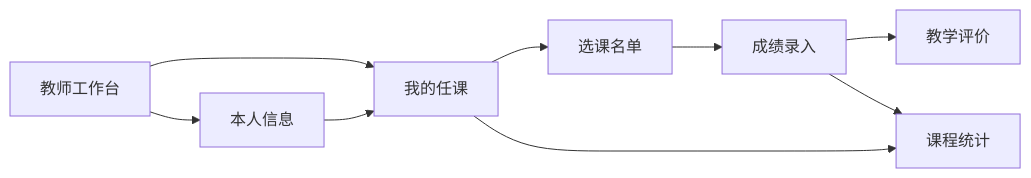
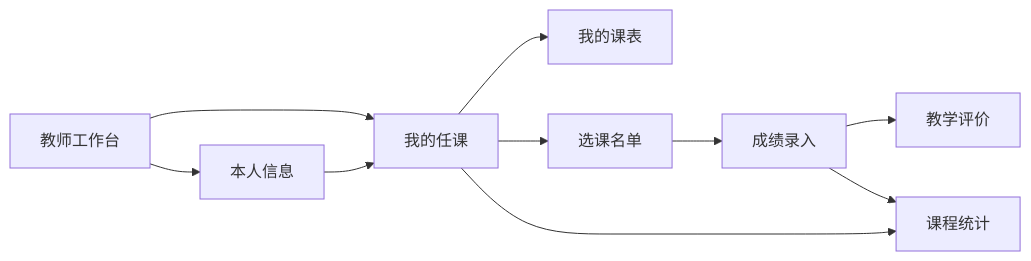
One commit to ggbond-2025/database-design changed the third of 4 diagrams in 角色功能说明.md. Above: the diagram before and after it, drawn with Mermaid. The commit also changed other lines of this file and 63 other files, not shown here.

````diff
--- a/角色功能说明.md
+++ b/角色功能说明.md
@@ -129,11 +130,12 @@
 ```mermaid
 flowchart LR
     A["教师工作台"] --> B["本人信息"]
     A --> C["我的任课"]
     B --> C
+    C --> S["我的课表"]
     C --> D["选课名单"]
     D --> E["成绩录入"]
     E --> H["教学评价"]
     E --> F["课程统计"]
     C --> F
 ```
````
